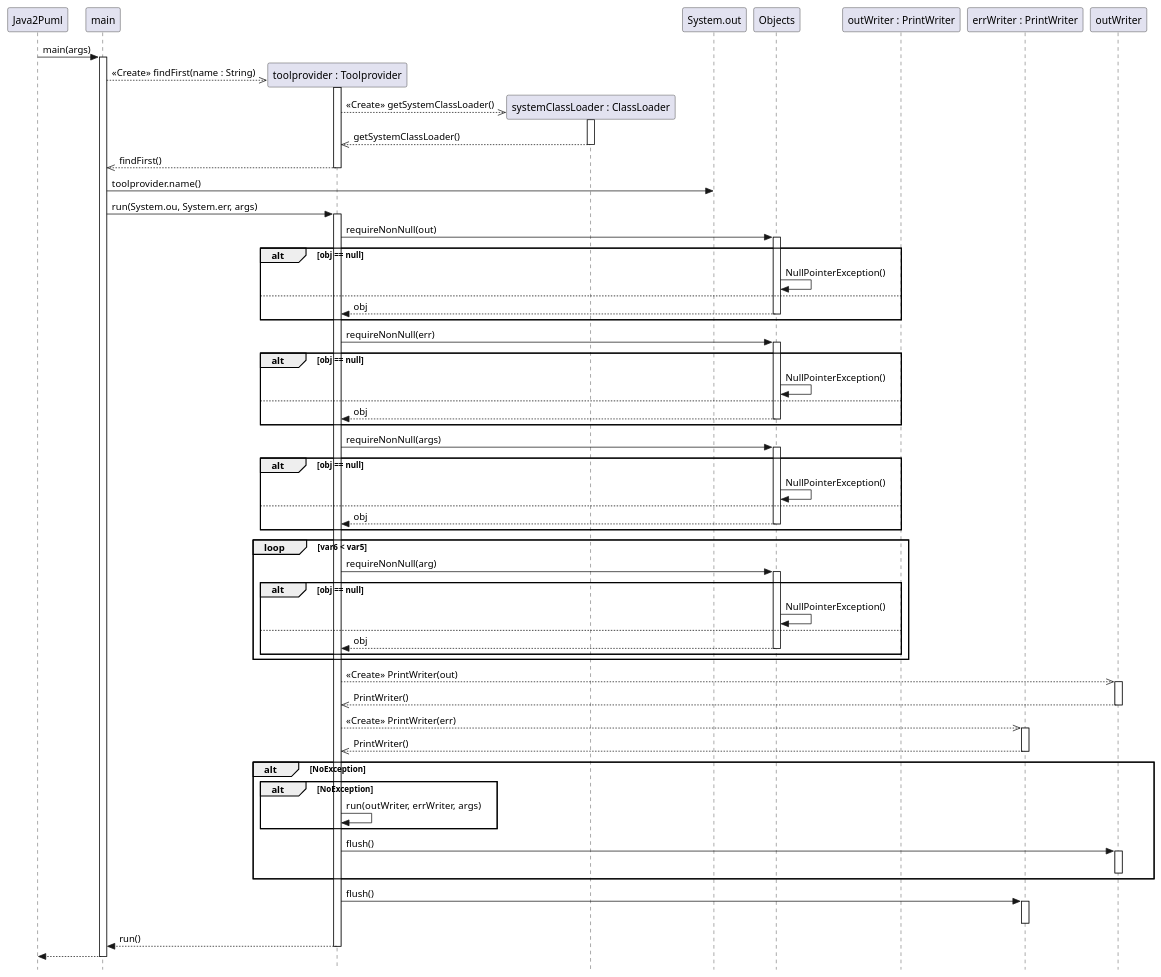
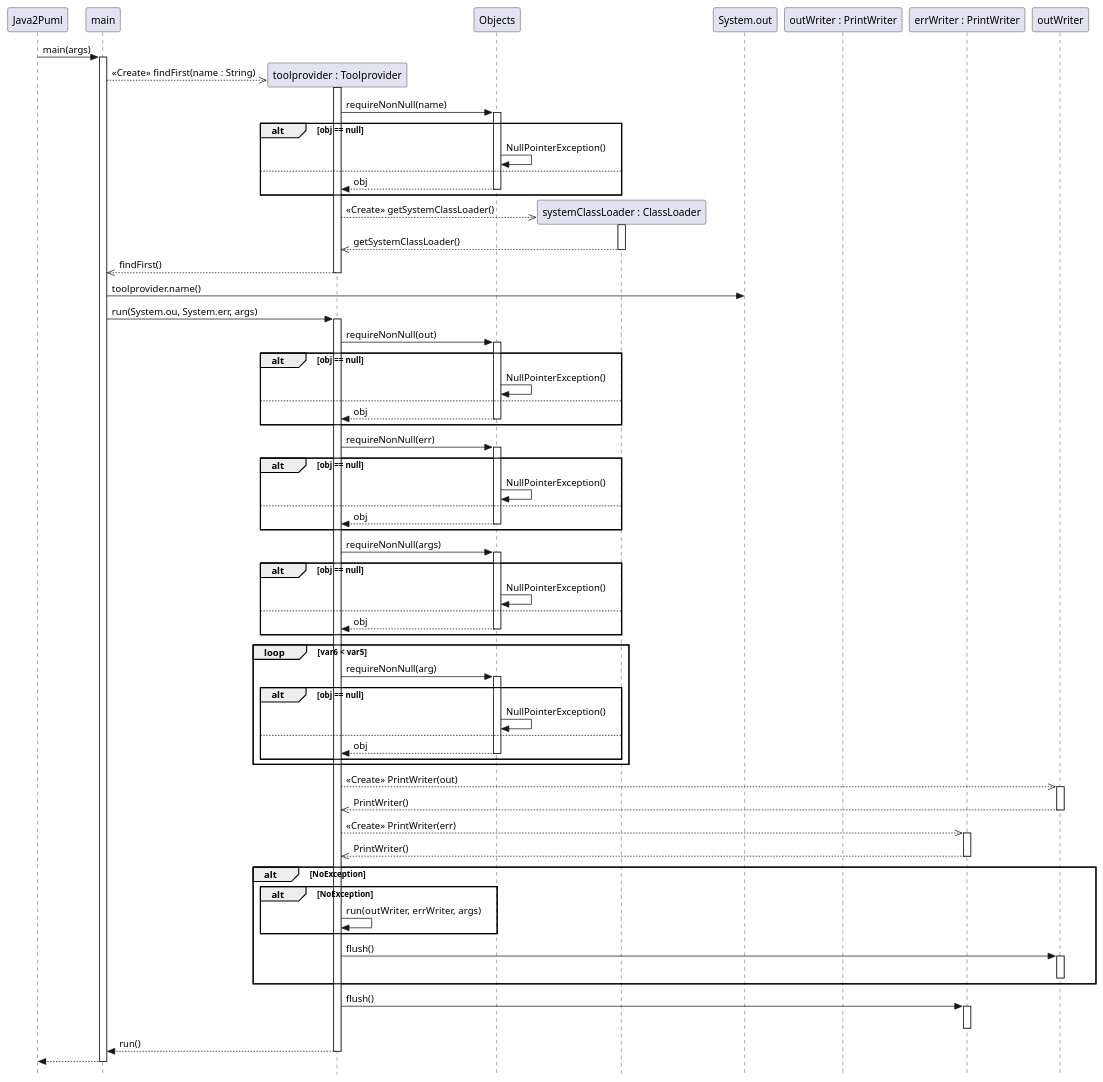
The diagram in uml/DocletDS.puml (DimToups/Java-to-PUML-converter), drawn with PlantUML before and after one commit. The commit also changed 2 other files, not shown here.

```diff
--- a/uml/DocletDS.puml
+++ b/uml/DocletDS.puml
@@ -1,70 +1,77 @@
 @startuml
 skinparam style strictuml
 hide footbox
 
 participant Java2Puml
 participant main
 participant "toolprovider : Toolprovider" as toolprovider
+
+participant Objects
 participant "systemClassLoader : ClassLoader" as systemClassLoader
 participant System.out as sout
-participant Objects
 participant "outWriter : PrintWriter" as outwriter
 participant "errWriter : PrintWriter" as errWriter
 
 Java2Puml -> main ++ : main(args)
 main -->> toolprovider ** : <<Create>> findFirst(name : String)
 toolprovider ++
+toolprovider -> Objects ++ : requireNonNull(name)
+    alt obj == null
+        Objects -> Objects : NullPointerException()
+    else
+        return obj
+    end
 toolprovider -->> systemClassLoader ** : <<Create>> getSystemClassLoader()
 systemClassLoader ++
 return getSystemClassLoader()
 return findFirst()
 
 main -> sout : toolprovider.name()
 
 main -> toolprovider ++ : run(System.ou, System.err, args)
 toolprovider -> Objects ++ : requireNonNull(out)
 alt obj == null
     Objects -> Objects : NullPointerException()
 else
     return obj
 end
 toolprovider -> Objects ++ : requireNonNull(err)
 alt obj == null
     Objects -> Objects : NullPointerException()
 else
     return obj
 end
 toolprovider -> Objects ++ : requireNonNull(args)
 alt obj == null
     Objects -> Objects : NullPointerException()
 else
     return obj
 end
 
 loop var6 < var5
     toolprovider -> Objects ++ : requireNonNull(arg)
     alt obj == null
         Objects -> Objects : NullPointerException()
     else
         return obj
     end
 end
 toolprovider -->> outWriter ++ : <<Create>> PrintWriter(out)
 return PrintWriter()
 toolprovider -->> errWriter ++ : <<Create>> PrintWriter(err)
 return PrintWriter()
 alt NoException
     alt NoException
         toolprovider -> toolprovider : run(outWriter, errWriter, args)
     end
     toolprovider -> outWriter ++ : flush()
     deactivate outWriter
 end
 toolprovider -> errWriter ++ : flush()
 
 deactivate errWriter
 return run()
 
 return
 
 @enduml
```
